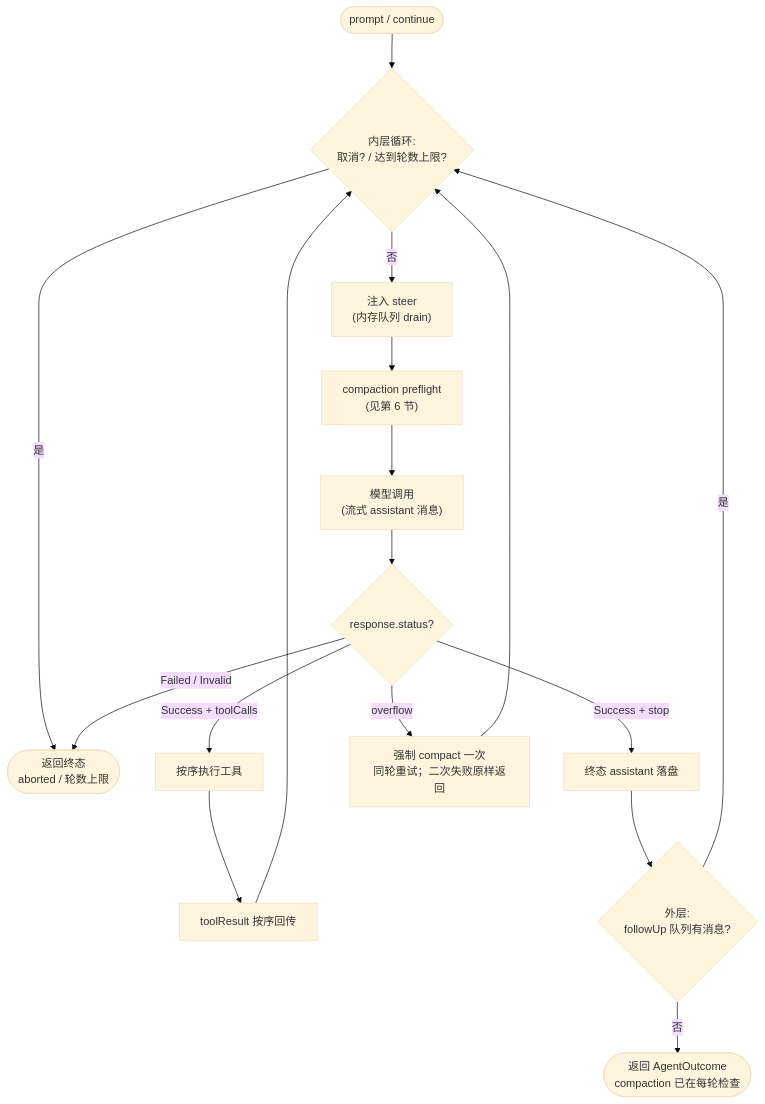
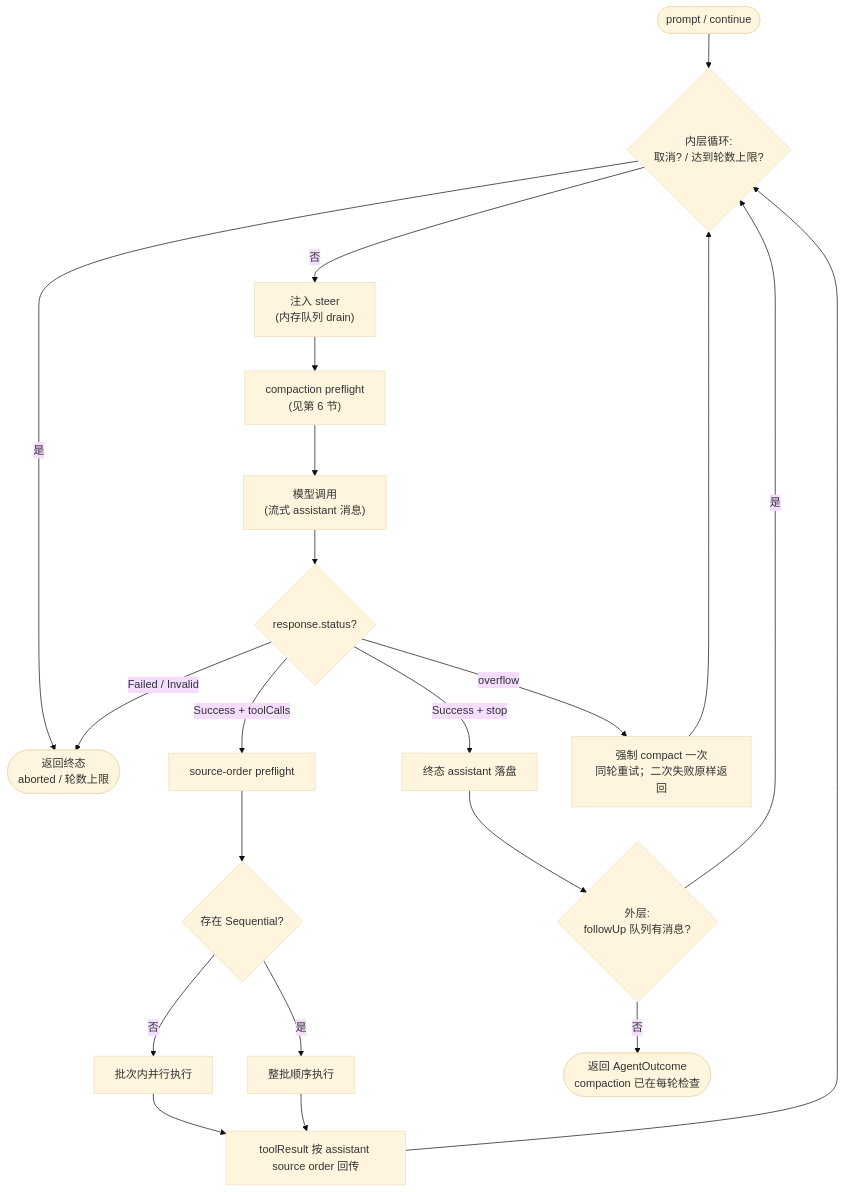
Before and after one commit to qjcnmd/singularity-agent: the third of 8 diagrams in docs/singularity.md, drawn with Mermaid (base theme). The commit also changed other lines of this file and 6 other files, not shown here.

````diff
--- a/docs/singularity.md
+++ b/docs/singularity.md
@@ -94,19 +94,23 @@
 ```mermaid
 flowchart TD
     A(["prompt / continue"]) --> B{"内层循环:<br/>取消? / 达到轮数上限?"}
     B -- 是 --> Z(["返回终态<br/>aborted / 轮数上限"])
     B -- 否 --> C["注入 steer<br/>(内存队列 drain)"]
     C --> D["compaction preflight<br/>(见第 6 节)"]
     D --> E["模型调用<br/>(流式 assistant 消息)"]
     E --> F{"response.status?"}
-    F -- "Success + toolCalls" --> G["按序执行工具"]
-    G --> H["toolResult 按序回传"]
+    F -- "Success + toolCalls" --> G["source-order preflight"]
+    G --> G2{"存在 Sequential?"}
+    G2 -- 否 --> G3["批次内并行执行"]
+    G2 -- 是 --> G4["整批顺序执行"]
+    G3 --> H["toolResult 按 assistant source order 回传"]
+    G4 --> H
     H --> B
     F -- "Success + stop" --> I["终态 assistant 落盘"]
     F -- "overflow" --> J["强制 compact 一次<br/>同轮重试；二次失败原样返回"]
     J --> B
     F -- "Failed / Invalid" --> Z
     I --> L{"外层:<br/>followUp 队列有消息?"}
     L -- 是 --> B
     L -- 否 --> M(["返回 AgentOutcome<br/>compaction 已在每轮检查"])
 ```
````
